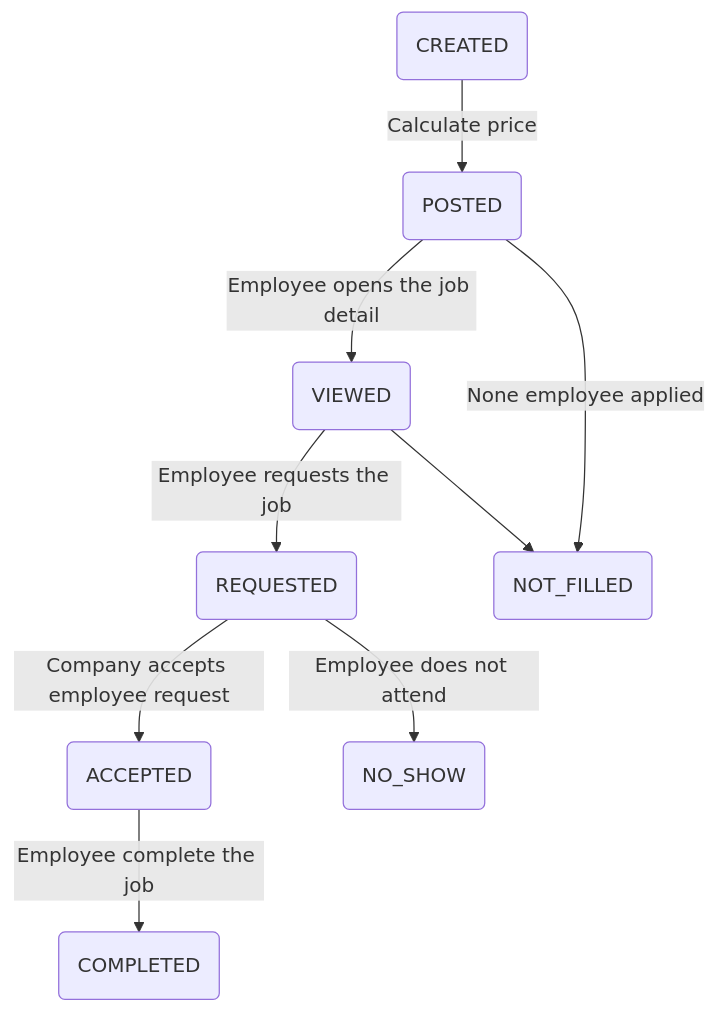
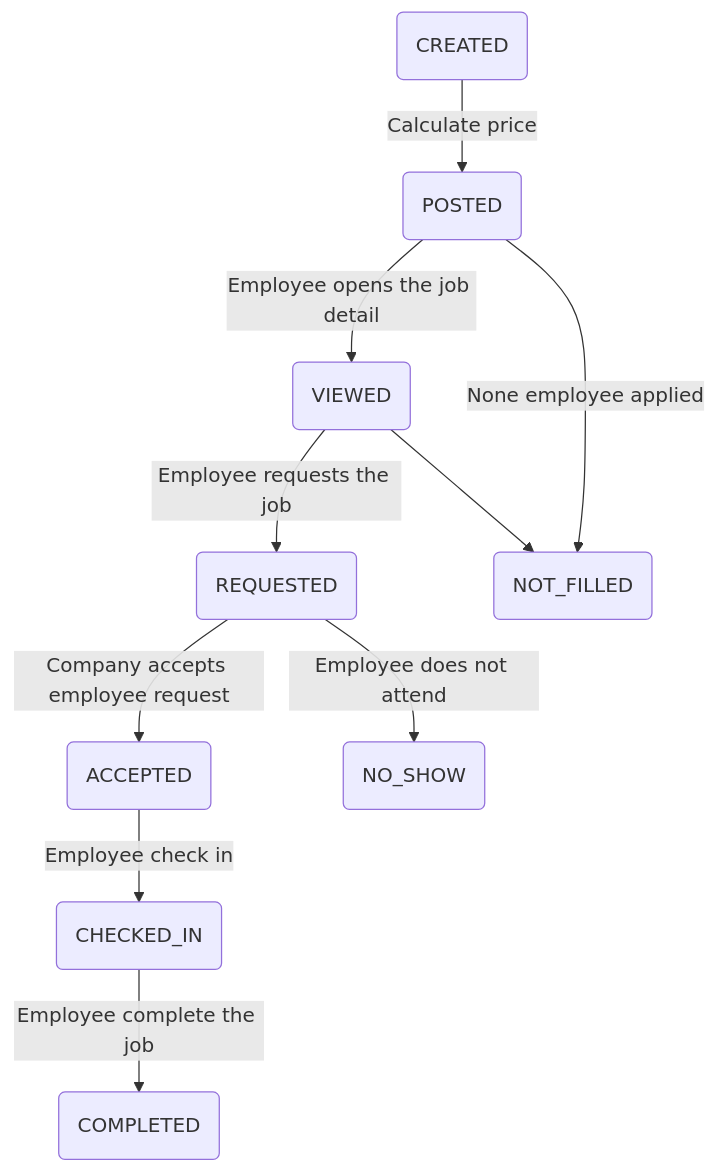
The diagram in README.md (jorgemarcondes/job-example-test), drawn with Mermaid before and after one commit. The commit also changed other lines of this file, not shown here.

````diff
--- a/README.md
+++ b/README.md
@@ -16,12 +16,13 @@
 ```mermaid
 graph TD
     A(CREATED)--> |Calculate price| B(POSTED)
     B--> |Employee opens the job detail| C(VIEWED)
     C--> |Employee requests the job| D(REQUESTED)
     D--> |Company accepts employee request| E(ACCEPTED)
-    E--> |Employee complete the job| F(COMPLETED)
-    D--> |Employee does not attend| G(NO_SHOW)
-    B--> |None employee applied | H(NOT_FILLED)
-    C--> H
+    E--> |Employee check in| F(CHECKED_IN)
+    F--> |Employee complete the job| G(COMPLETED)
+    D--> |Employee does not attend| H(NO_SHOW)
+    B--> |None employee applied | I(NOT_FILLED)
+    C--> I
     
 ```
````
